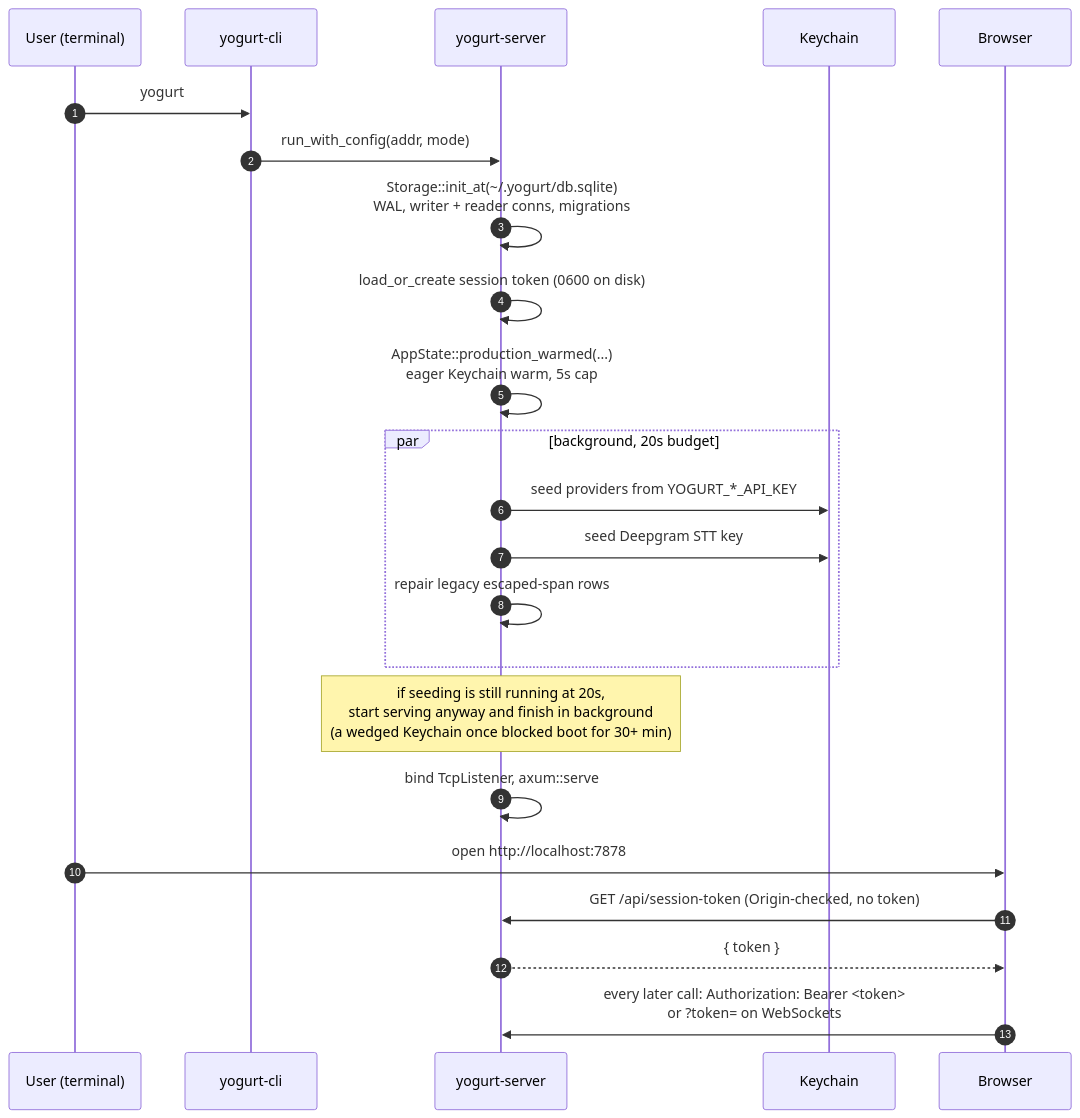
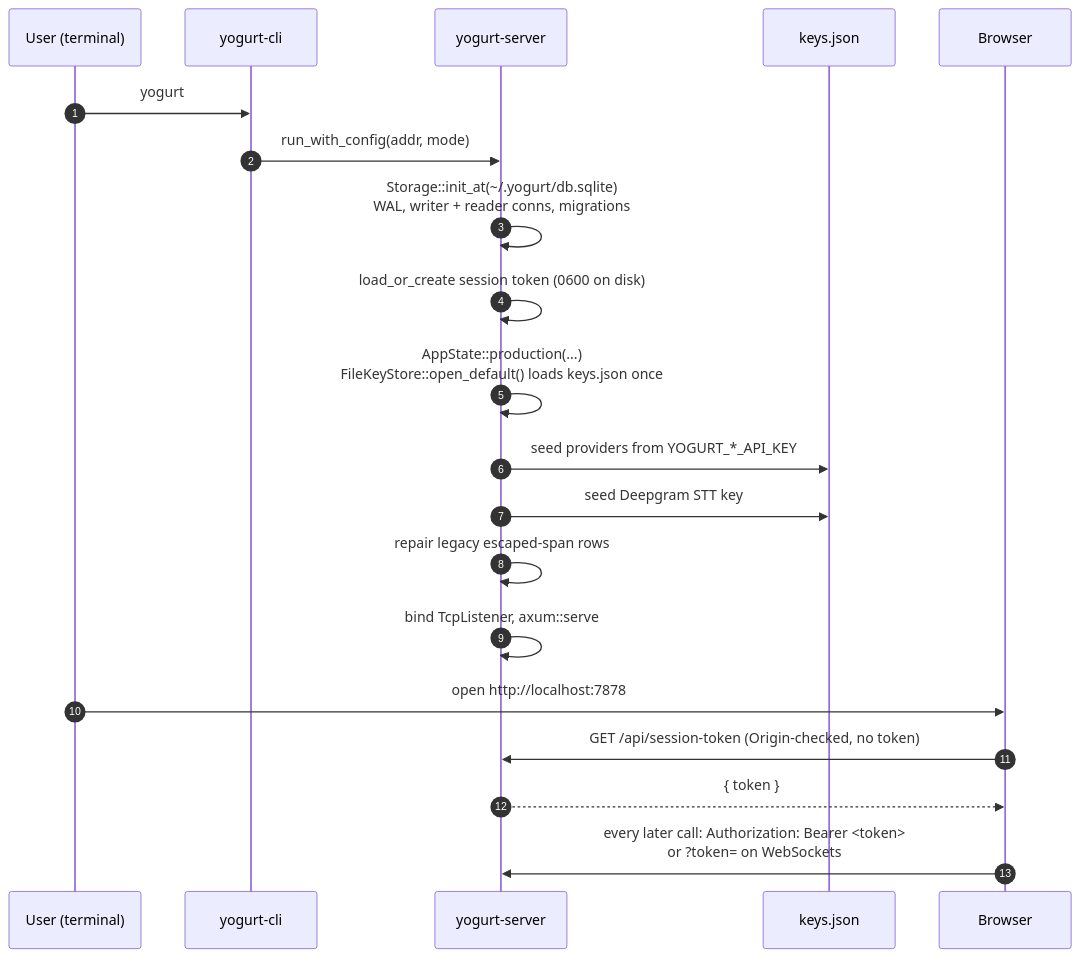
Before and after one commit to jarvisrchen/yogurt: the third of 11 diagrams in docs/ARCHITECTURE.md, drawn with Mermaid. The commit also changed other lines of this file and 43 other files, not shown here.

First line of the commit message:
feat(keys): replace macOS Keychain with ~/.yogurt/keys.json file store

````diff
--- a/docs/ARCHITECTURE.md
+++ b/docs/ARCHITECTURE.md
@@ -199,26 +199,23 @@
 ```mermaid
 sequenceDiagram
     autonumber
     participant U as User (terminal)
     participant CLI as yogurt-cli
     participant S as yogurt-server
-    participant KC as Keychain
+    participant KC as keys.json
     participant B as Browser
 
     U->>CLI: yogurt
     CLI->>S: run_with_config(addr, mode)
     S->>S: Storage::init_at(~/.yogurt/db.sqlite)<br/>WAL, writer + reader conns, migrations
     S->>S: load_or_create session token (0600 on disk)
-    S->>S: AppState::production_warmed(...)<br/>eager Keychain warm, 5s cap
-    par background, 20s budget
-        S->>KC: seed providers from YOGURT_*_API_KEY
-        S->>KC: seed Deepgram STT key
-        S->>S: repair legacy escaped-span rows
-    end
-    Note over S: if seeding is still running at 20s,<br/>start serving anyway and finish in background<br/>(a wedged Keychain once blocked boot for 30+ min)
+    S->>S: AppState::production(...)<br/>FileKeyStore::open_default() loads keys.json once
+    S->>KC: seed providers from YOGURT_*_API_KEY
+    S->>KC: seed Deepgram STT key
+    S->>S: repair legacy escaped-span rows
     S->>S: bind TcpListener, axum::serve
     U->>B: open http://localhost:7878
     B->>S: GET /api/session-token (Origin-checked, no token)
     S-->>B: { token }
     B->>S: every later call: Authorization: Bearer <token><br/>or ?token= on WebSockets
 ```
````
